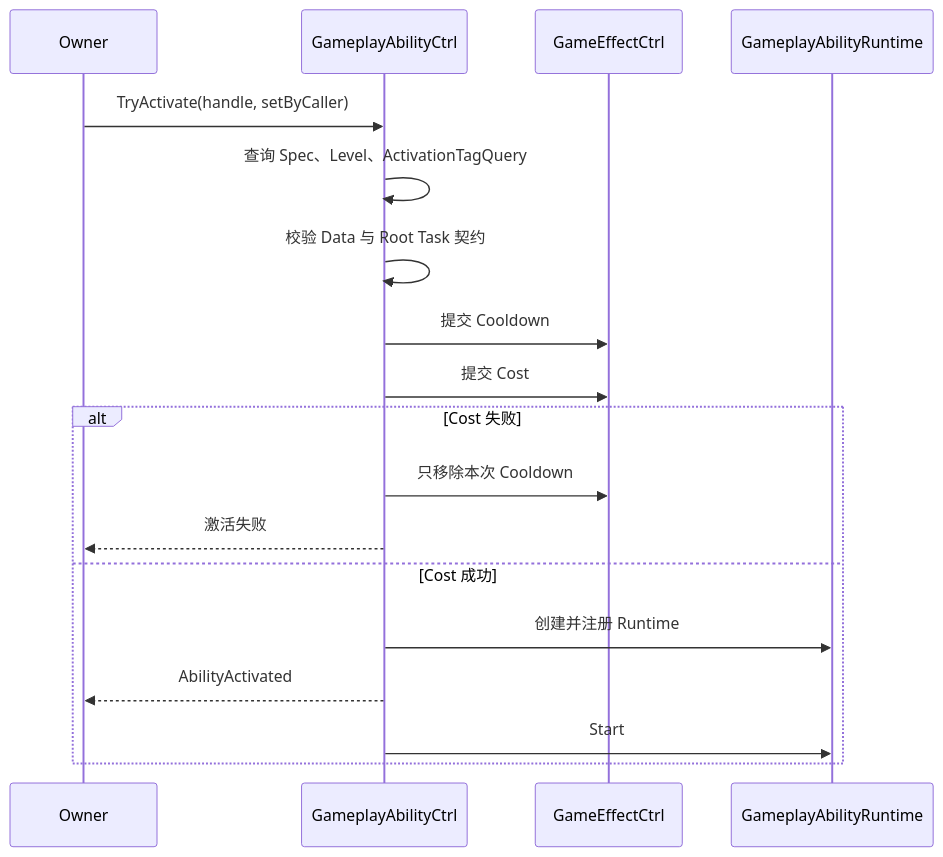
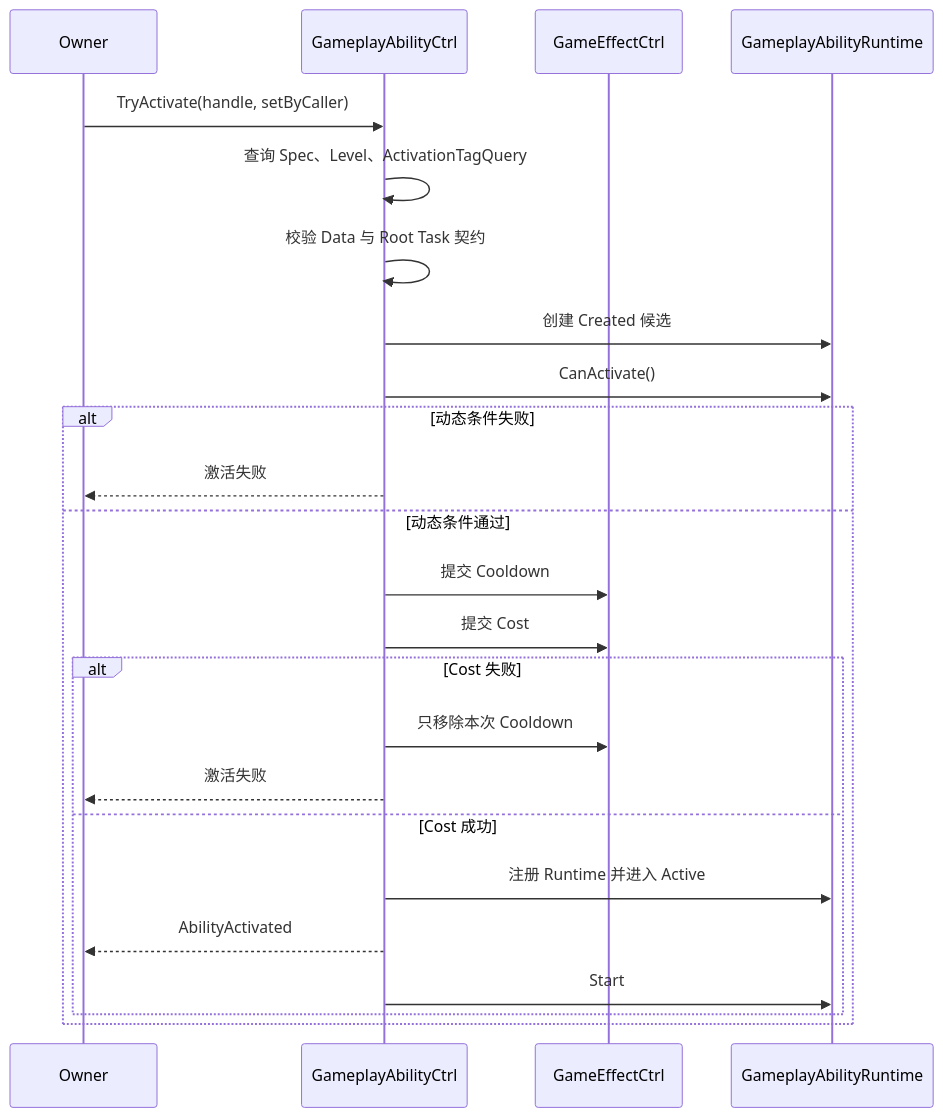
Before and after one commit to Whitesheeeep/3DRPG: the fourth of 16 diagrams in Assets/GAS_Light/设计md/GameplayAbilityGameplay.md, drawn with Mermaid. The commit also changed other lines of this file and 3 other files, not shown here.

````diff
--- a/Assets/GAS_Light/设计md/GameplayAbilityGameplay.md
+++ b/Assets/GAS_Light/设计md/GameplayAbilityGameplay.md
@@ -62,20 +92,26 @@
 ```mermaid
 sequenceDiagram
     participant Owner as Owner
     participant Ctrl as GameplayAbilityCtrl
     participant GE as GameEffectCtrl
     participant Runtime as GameplayAbilityRuntime
     Owner->>Ctrl: TryActivate(handle, setByCaller)
     Ctrl->>Ctrl: 查询 Spec、Level、ActivationTagQuery
     Ctrl->>Ctrl: 校验 Data 与 Root Task 契约
-    Ctrl->>GE: 提交 Cooldown
-    Ctrl->>GE: 提交 Cost
-    alt Cost 失败
-        Ctrl->>GE: 只移除本次 Cooldown
+    Ctrl->>Runtime: 创建 Created 候选
+    Ctrl->>Runtime: CanActivate()
+    alt 动态条件失败
         Ctrl-->>Owner: 激活失败
-    else Cost 成功
-        Ctrl->>Runtime: 创建并注册 Runtime
+    else 动态条件通过
+        Ctrl->>GE: 提交 Cooldown
+        Ctrl->>GE: 提交 Cost
+        alt Cost 失败
+            Ctrl->>GE: 只移除本次 Cooldown
+            Ctrl-->>Owner: 激活失败
+        else Cost 成功
+            Ctrl->>Runtime: 注册 Runtime 并进入 Active
         Ctrl-->>Owner: AbilityActivated
-        Ctrl->>Runtime: Start
+            Ctrl->>Runtime: Start
+        end
     end
 ```
````
